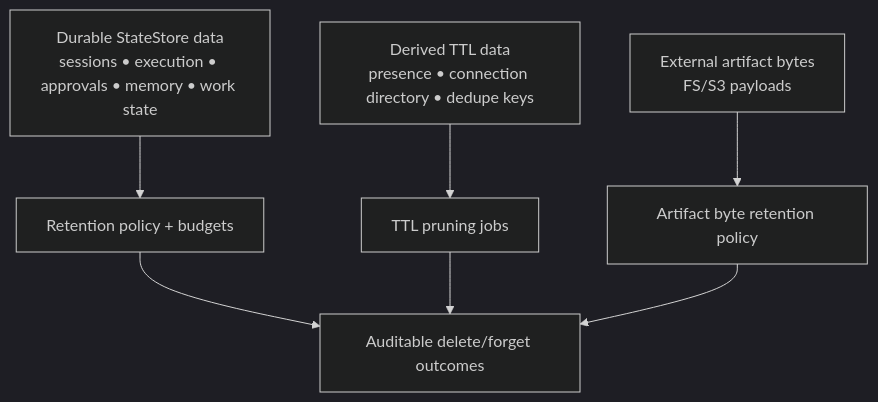
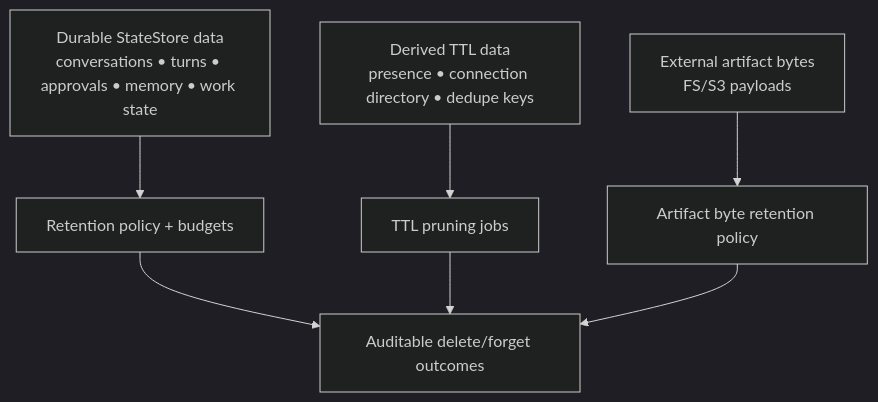
The diagram in docs/architecture/scaling-ha/data-lifecycle.md (tyrumai/tyrum), drawn with Mermaid (dark theme) before and after one commit. The commit also changed other lines of this file and 56 other files, not shown here.

Commit message:
docs: rewrite architecture around conversations and turns (#1829)

````diff
--- a/docs/architecture/scaling-ha/data-lifecycle.md
+++ b/docs/architecture/scaling-ha/data-lifecycle.md
@@ -31,14 +31,14 @@
 ```mermaid
 flowchart TB
-  DS["Durable StateStore data<br/>sessions • execution • approvals • memory • work state"]
+  DS["Durable StateStore data<br/>conversations • turns • approvals • memory • work state"]
   TTL["Derived TTL data<br/>presence • connection directory • dedupe keys"]
   BYTES["External artifact bytes<br/>FS/S3 payloads"]
 
   DS --> RET["Retention policy + budgets"]
   TTL --> PRUNE["TTL pruning jobs"]
   BYTES --> BYTE_RET["Artifact byte retention policy"]
 
   RET --> AUDIT["Auditable delete/forget outcomes"]
   PRUNE --> AUDIT
   BYTE_RET --> AUDIT
 ```
````
